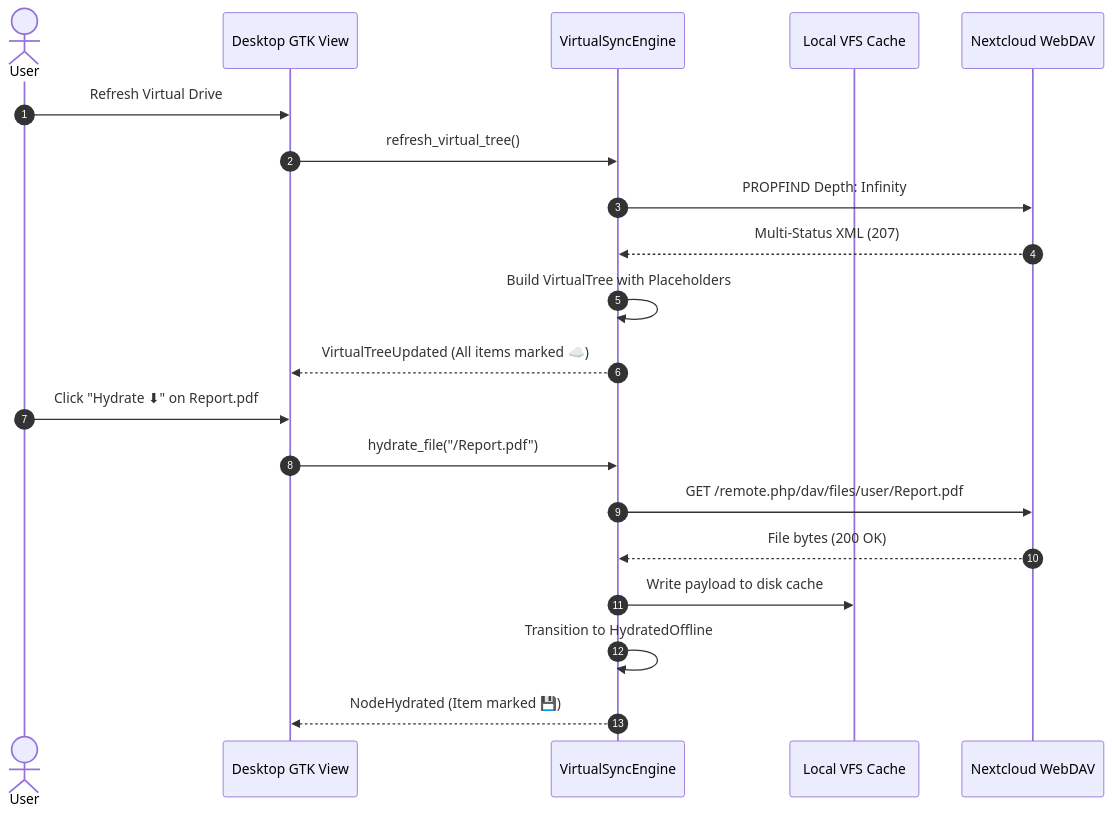
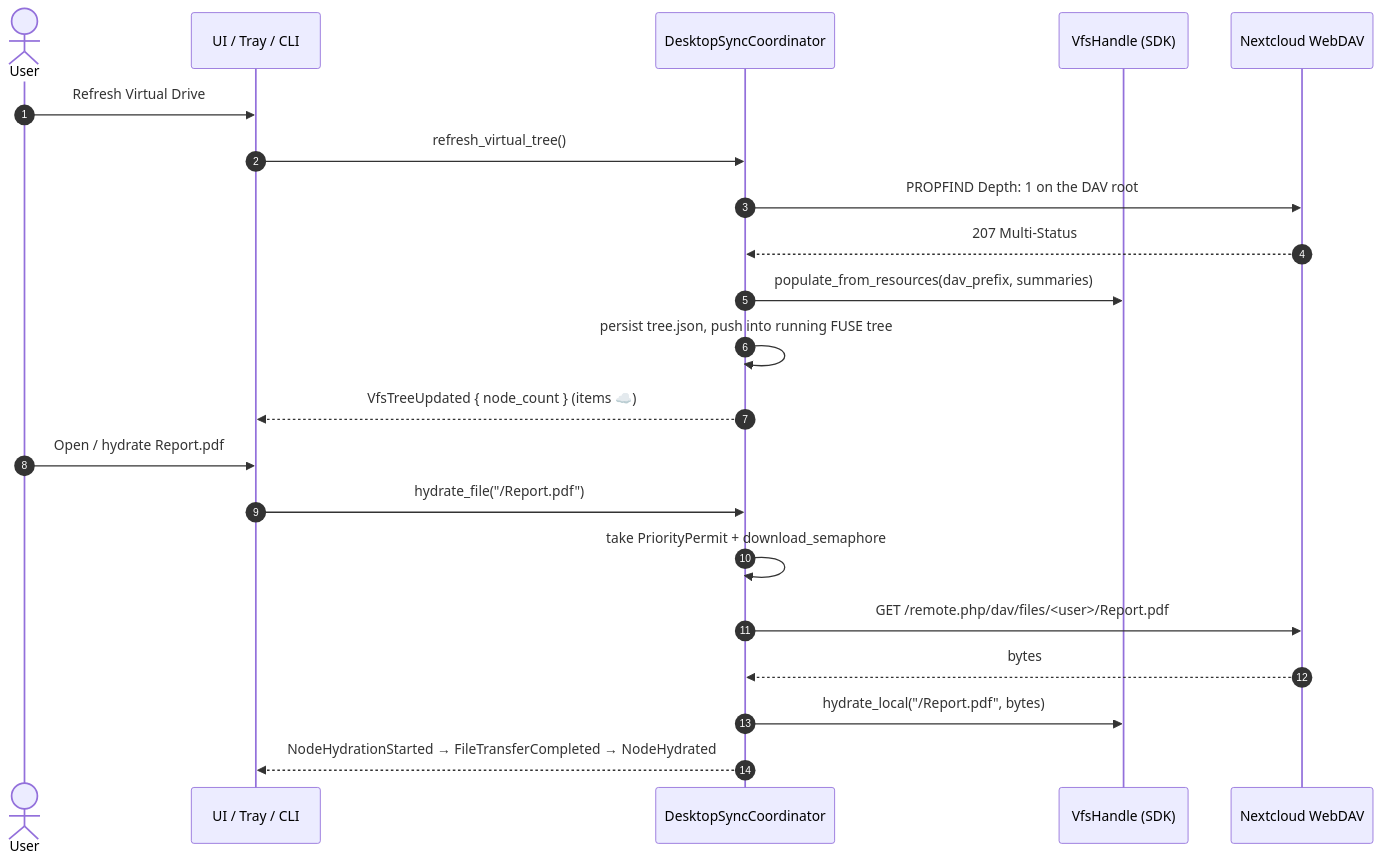
One commit to Luxuride/nexia-client changed the diagram in docs/VIRTUAL_SYNC.md. Above: the diagram before and after it, drawn with Mermaid. The commit also changed other lines of this file and 7 other files, not shown here.

````diff
--- a/docs/VIRTUAL_SYNC.md
+++ b/docs/VIRTUAL_SYNC.md
@@ -11,24 +21,25 @@
 ```mermaid
 sequenceDiagram
     autonumber
     actor User
-    participant UI as Desktop GTK View
-    participant VFS as VirtualSyncEngine
-    participant Cache as Local VFS Cache
+    participant UI as UI / Tray / CLI
+    participant Coord as DesktopSyncCoordinator
+    participant Vfs as VfsHandle (SDK)
     participant Server as Nextcloud WebDAV
 
     User->>UI: Refresh Virtual Drive
-    UI->>VFS: refresh_virtual_tree()
-    VFS->>Server: PROPFIND Depth: Infinity
-    Server-->>VFS: Multi-Status XML (207)
-    VFS->>VFS: Build VirtualTree with Placeholders
-    VFS-->>UI: VirtualTreeUpdated (All items marked ☁️)
+    UI->>Coord: refresh_virtual_tree()
+    Coord->>Server: PROPFIND Depth: 1 on the DAV root
+    Server-->>Coord: 207 Multi-Status
+    Coord->>Vfs: populate_from_resources(dav_prefix, summaries)
+    Coord->>Coord: persist tree.json, push into running FUSE tree
+    Coord-->>UI: VfsTreeUpdated { node_count } (items ☁️)
 
-    User->>UI: Click "Hydrate ⬇" on Report.pdf
-    UI->>VFS: hydrate_file("/Report.pdf")
-    VFS->>Server: GET /remote.php/dav/files/user/Report.pdf
-    Server-->>VFS: File bytes (200 OK)
-    VFS->>Cache: Write payload to disk cache
-    VFS->>VFS: Transition to HydratedOffline
-    VFS-->>UI: NodeHydrated (Item marked 💾)
+    User->>UI: Open / hydrate Report.pdf
+    UI->>Coord: hydrate_file("/Report.pdf")
+    Coord->>Coord: take PriorityPermit + download_semaphore
+    Coord->>Server: GET /remote.php/dav/files/<user>/Report.pdf
+    Server-->>Coord: bytes
+    Coord->>Vfs: hydrate_local("/Report.pdf", bytes)
+    Coord-->>UI: NodeHydrationStarted → FileTransferCompleted → NodeHydrated
 ```
````
